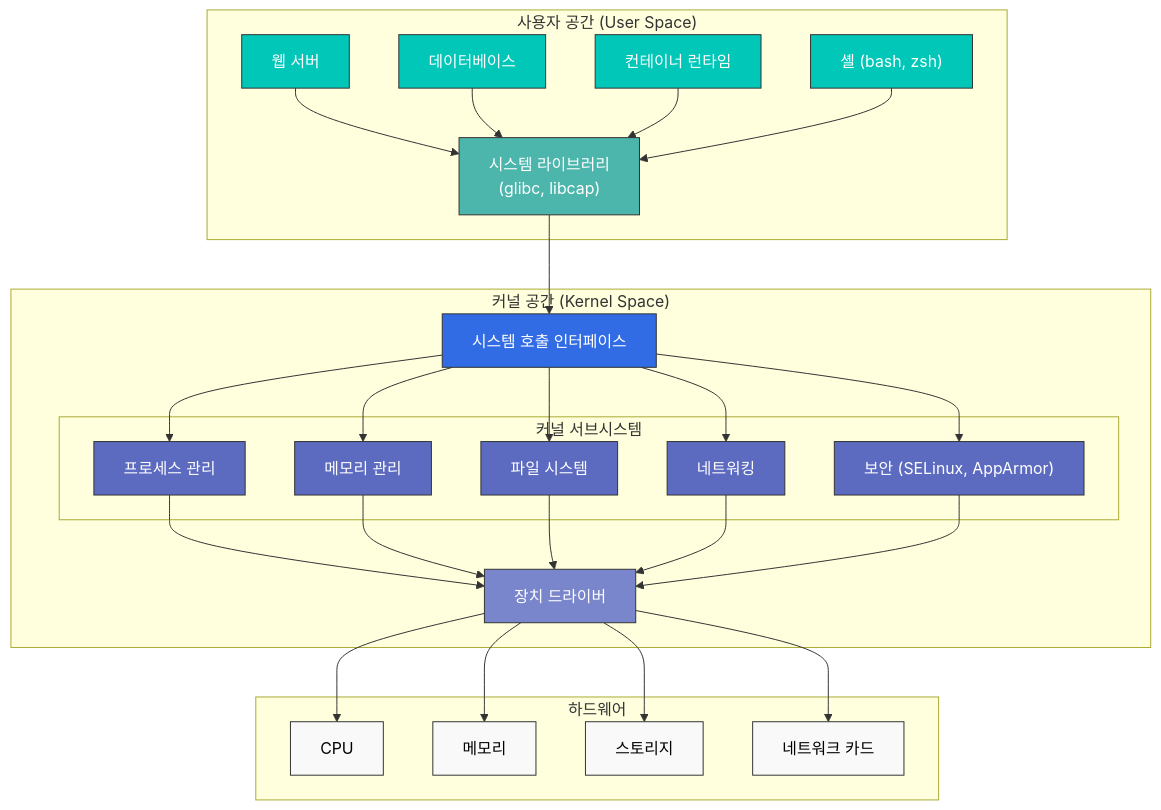
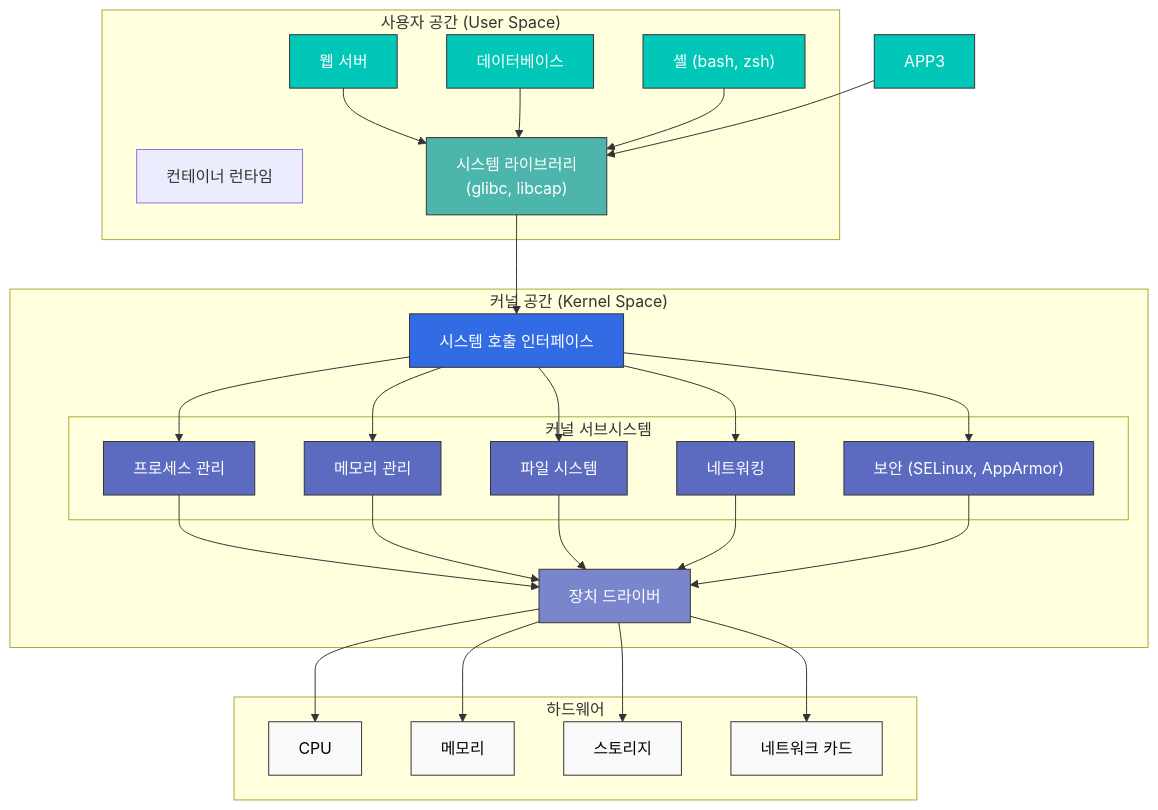
The first of 4 diagrams in basics/01-linux-basics.md (Atom-oh/kubernetes-docs), drawn with Mermaid before and after one commit. The commit also changed other lines of this file and 1 other file, not shown here.

````diff
--- a/basics/01-linux-basics.md
+++ b/basics/01-linux-basics.md
@@ -29,56 +32,56 @@
 ```mermaid
 flowchart TB
     subgraph "사용자 공간 (User Space)"
         APP1["웹 서버"]
         APP2["데이터베이스"]
-        APP3["컨테이너 런타임"]
+        'APP3["컨테이너 런타임"]
         SHELL["셸 (bash, zsh)"]
         LIBS["시스템 라이브러리\n(glibc, libcap)"]
     end
     
     subgraph "커널 공간 (Kernel Space)"
         SYSCALL["시스템 호출 인터페이스"]
         
         subgraph "커널 서브시스템"
             PROC["프로세스 관리"]
             MEM["메모리 관리"]
             FS["파일 시스템"]
             NET["네트워킹"]
             SEC["보안 (SELinux, AppArmor)"]
         end
         
         DRIVERS["장치 드라이버"]
     end
     
     subgraph "하드웨어"
         CPU["CPU"]
         RAM["메모리"]
         DISK["스토리지"]
         NIC["네트워크 카드"]
     end
     
     %% 연결 정의
     APP1 & APP2 & APP3 & SHELL --> LIBS
     LIBS --> SYSCALL
     
     SYSCALL --> PROC & MEM & FS & NET & SEC
     PROC & MEM & FS & NET & SEC --> DRIVERS
     
     DRIVERS --> CPU & RAM & DISK & NIC
     
     %% 스타일 정의
     classDef userApp fill:#00C7B7,stroke:#333,stroke-width:1px,color:white;
     classDef userLib fill:#4DB6AC,stroke:#333,stroke-width:1px,color:white;
     classDef k8sComponent fill:#326CE5,stroke:#333,stroke-width:1px,color:white;
     classDef kernelSub fill:#5C6BC0,stroke:#333,stroke-width:1px,color:white;
     classDef drivers fill:#7986CB,stroke:#333,stroke-width:1px,color:white;
     classDef hardware fill:#f9f9f9,stroke:#333,stroke-width:1px,color:black;
     
     %% 클래스 적용
     class APP1,APP2,APP3,SHELL userApp
     class LIBS userLib
     class SYSCALL k8sComponent
     class PROC,MEM,FS,NET,SEC kernelSub
     class DRIVERS drivers
     class CPU,RAM,DISK,NIC hardware
 ```
````
